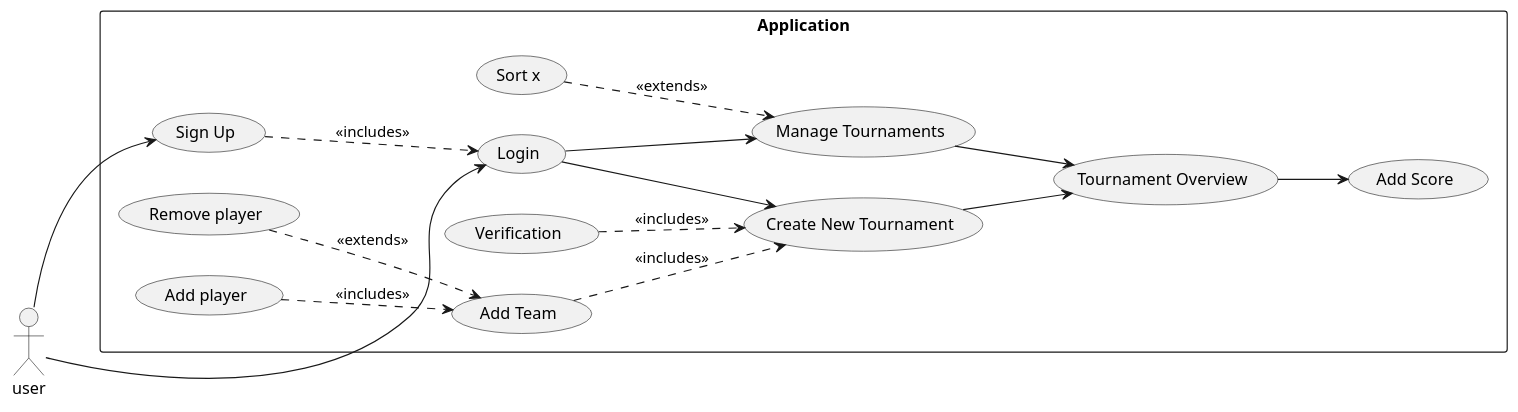
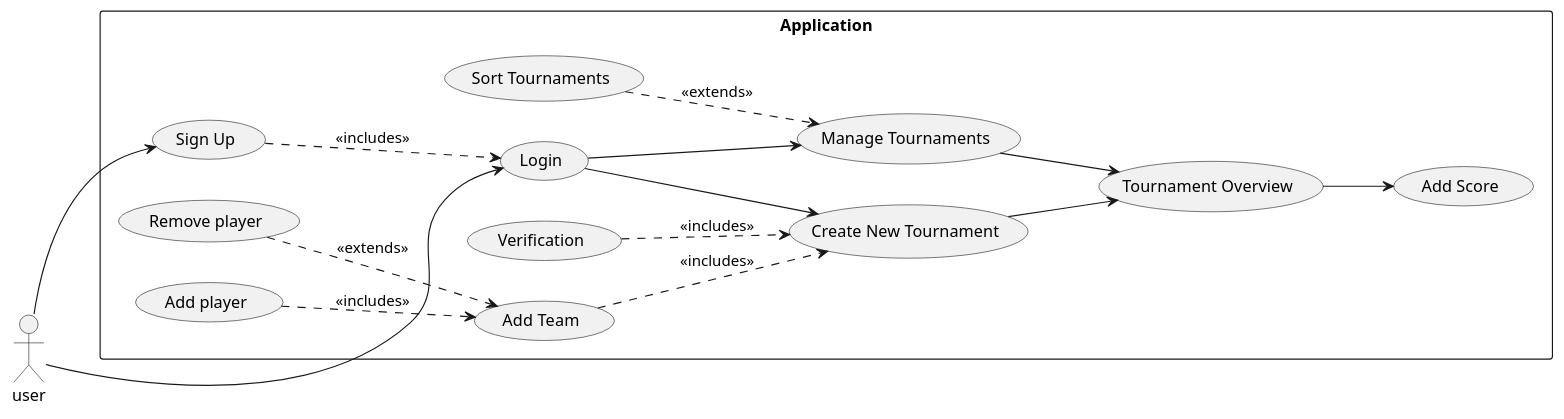
One commit to itzMesh/DCST1008-Prosjekt changed the diagram in ProjektUML/Usecase-Diagram.wsd. Above: the diagram before and after it, drawn with PlantUML. The commit also changed 2 other files, not shown here.

```diff
--- a/ProjektUML/Usecase-Diagram.wsd
+++ b/ProjektUML/Usecase-Diagram.wsd
@@ -1,32 +1,32 @@
 @startuml Usecase
 left to right direction
 :user:
 rectangle Application{
     usecase "Sign Up" as SU
     usecase "Login" as LG
     usecase "Manage Tournaments" as MT
     usecase "Create New Tournament" as CTM
     usecase "Add player" as AP
     usecase "Remove player" as RM
     usecase "Add Team" as AT
-    usecase "Sort x" as S
+    usecase "Sort Tournaments" as S
     usecase "Tournament Overview" as TO
     usecase "Add Score" as AS
     usecase "Verification" as V
 }
 user --> SU
 user --> LG
 
 SU ..> LG: <<includes>>
 LG --> MT
 LG --> CTM
 AT ..> CTM: <<includes>>
 AP ..> AT: <<includes>>
 RM ..> AT: <<extends>>
 S ..> MT: <<extends>>
 MT --> TO
 CTM --> TO
 V ..> CTM: <<includes>>
 TO --> AS
 
 @enduml
```
